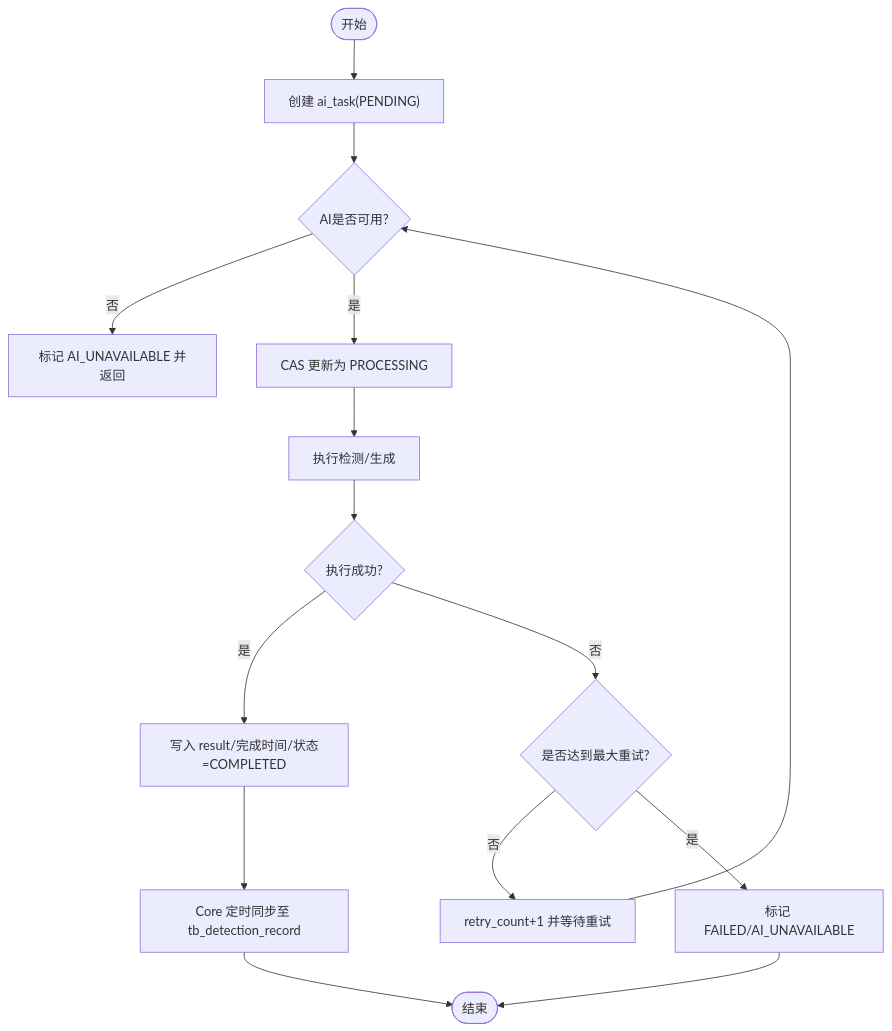
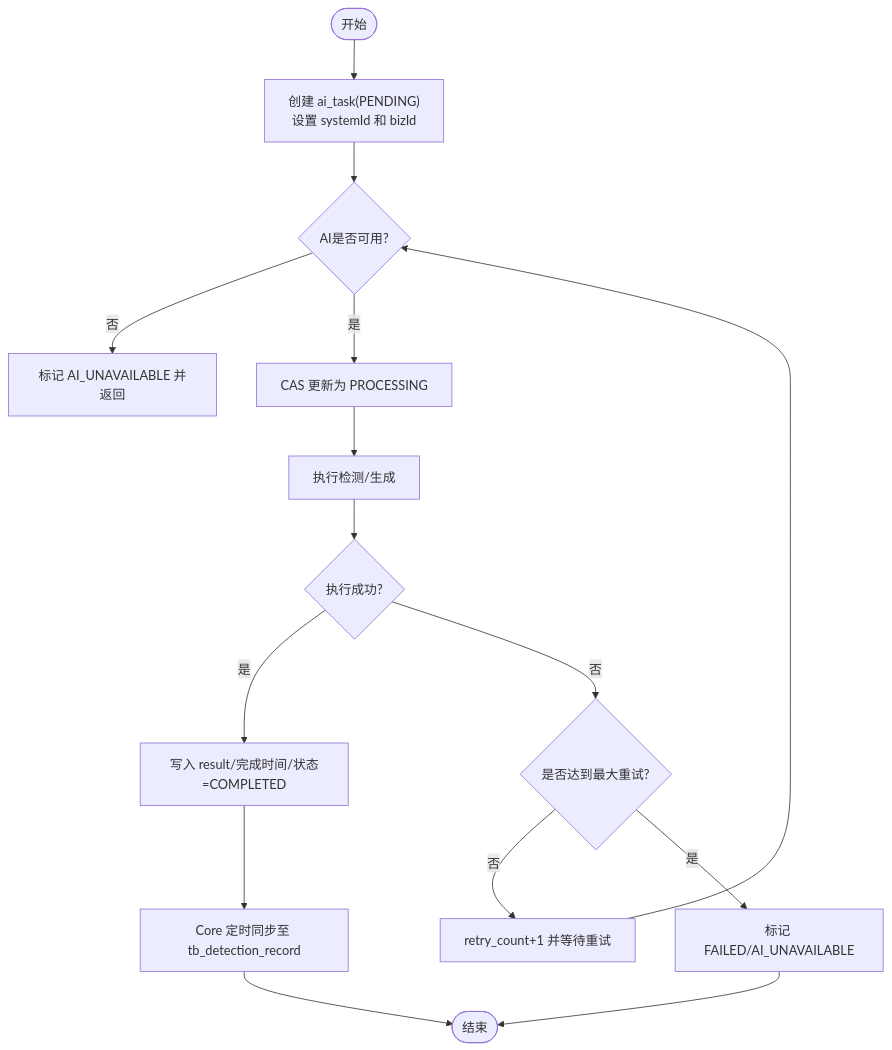
Before and after one commit to DrunkFood/First: the fifth of 6 diagrams in .qoder/repowiki/zh/content/数据库设计/数据库设计.md, drawn with Mermaid. The commit also changed other lines of this file and 77 other files, not shown here.

````diff
--- a/.qoder/repowiki/zh/content/数据库设计/数据库设计.md
+++ b/.qoder/repowiki/zh/content/数据库设计/数据库设计.md
@@ -312,17 +334,17 @@
 ```mermaid
 flowchart TD
-Start(["开始"]) --> CreateTask["创建 ai_task(PENDING)"]
+Start(["开始"]) --> CreateTask["创建 ai_task(PENDING)<br/>设置 systemId 和 bizId"]
 CreateTask --> Polling{"AI是否可用?"}
 Polling --> |否| MarkUnavailable["标记 AI_UNAVAILABLE 并返回"]
 Polling --> |是| UpdateProcessing["CAS 更新为 PROCESSING"]
 UpdateProcessing --> Execute["执行检测/生成"]
 Execute --> ResultOK{"执行成功?"}
 ResultOK --> |是| SaveResult["写入 result/完成时间/状态=COMPLETED"]
 ResultOK --> |否| RetryCheck{"是否达到最大重试?"}
 RetryCheck --> |否| IncRetry["retry_count+1 并等待重试"]
 RetryCheck --> |是| MarkFailed["标记 FAILED/AI_UNAVAILABLE"]
 SaveResult --> Sync["Core 定时同步至 tb_detection_record"]
 MarkFailed --> End(["结束"])
 IncRetry --> Polling
 Sync --> End
 ```
````
